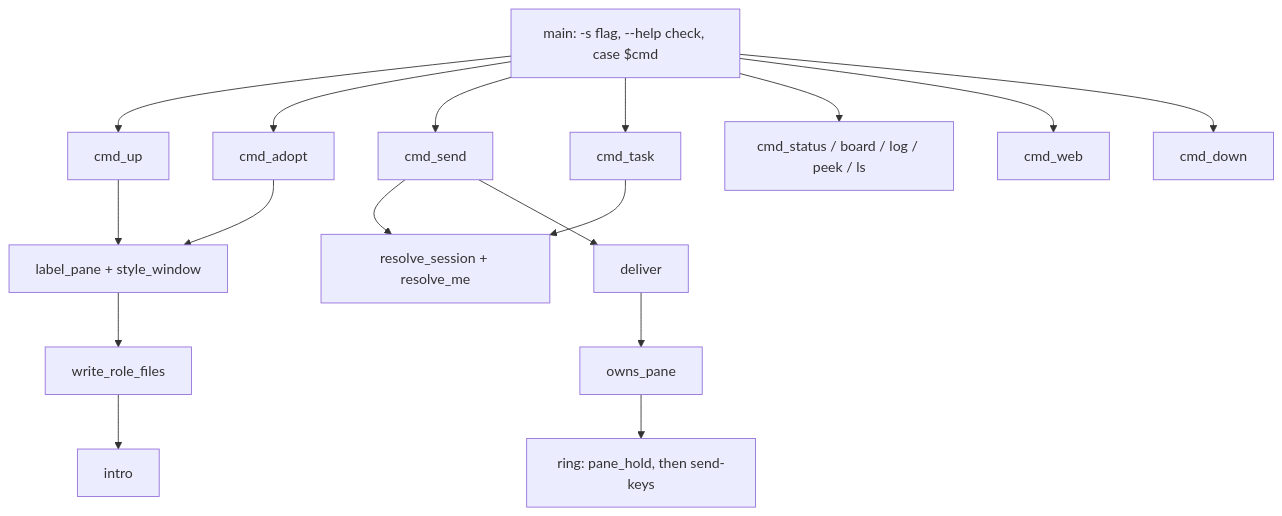
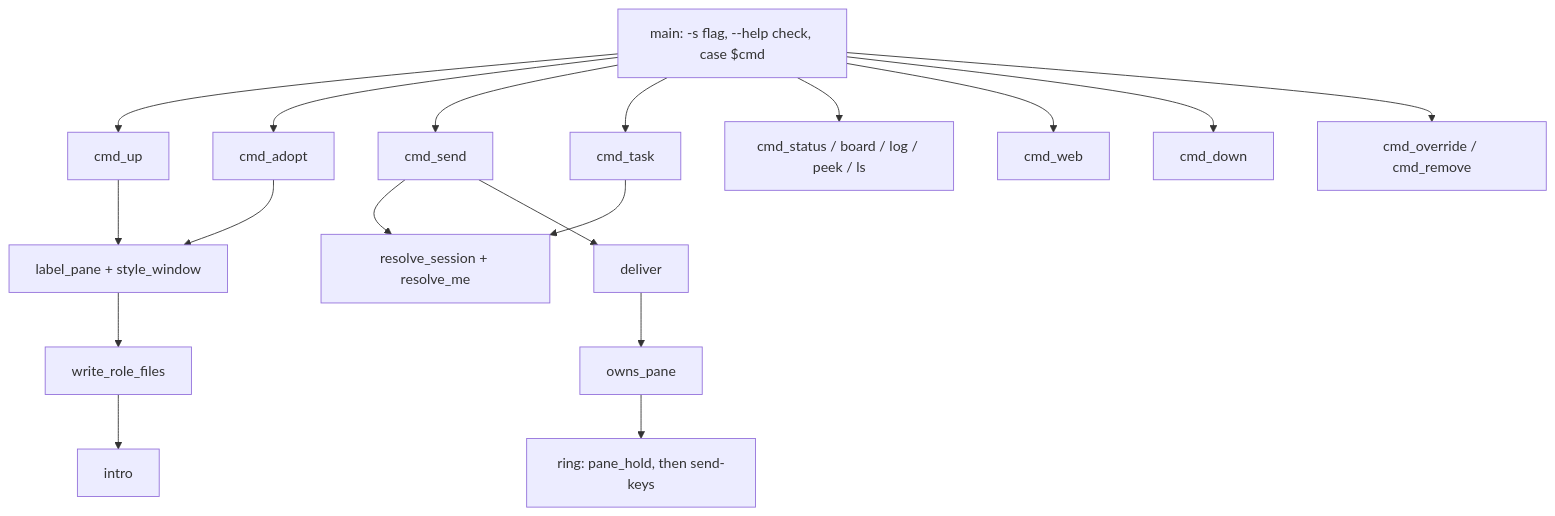
Before and after one commit to mifwar/crew: the diagram in lode/cli/summary.md, drawn with Mermaid. The commit also changed other lines of this file and 18 other files, not shown here.

````diff
--- a/lode/cli/summary.md
+++ b/lode/cli/summary.md
@@ -44,7 +44,7 @@
 ```mermaid
 flowchart TD
-  main["main: -s flag, --help check, case $cmd"] --> up[cmd_up] & adopt[cmd_adopt] & send[cmd_send] & task[cmd_task] & view["cmd_status / board / log / peek / ls"] & web[cmd_web] & down[cmd_down]
+  main["main: -s flag, --help check, case $cmd"] --> up[cmd_up] & adopt[cmd_adopt] & send[cmd_send] & task[cmd_task] & view["cmd_status / board / log / peek / ls"] & web[cmd_web] & down[cmd_down] & over["cmd_override / cmd_remove"]
   send & task --> resolve["resolve_session + resolve_me"]
   send --> deliver --> owns[owns_pane] --> ringw["ring: pane_hold, then send-keys"]
   up & adopt --> label[label_pane + style_window] --> roles[write_role_files] --> intro
 ```
````
